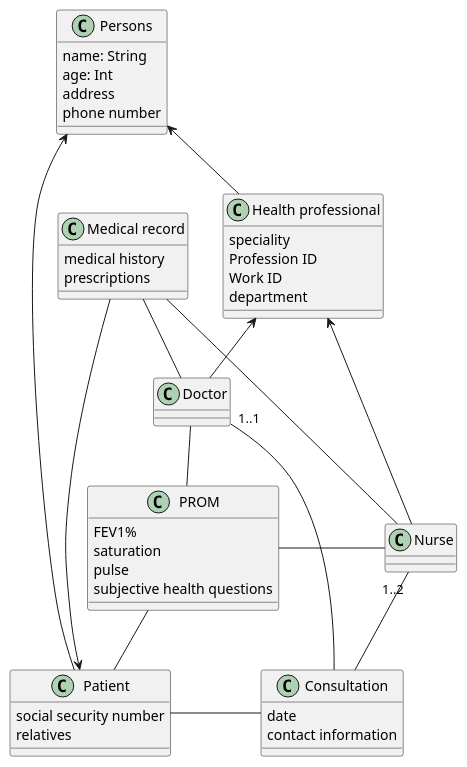
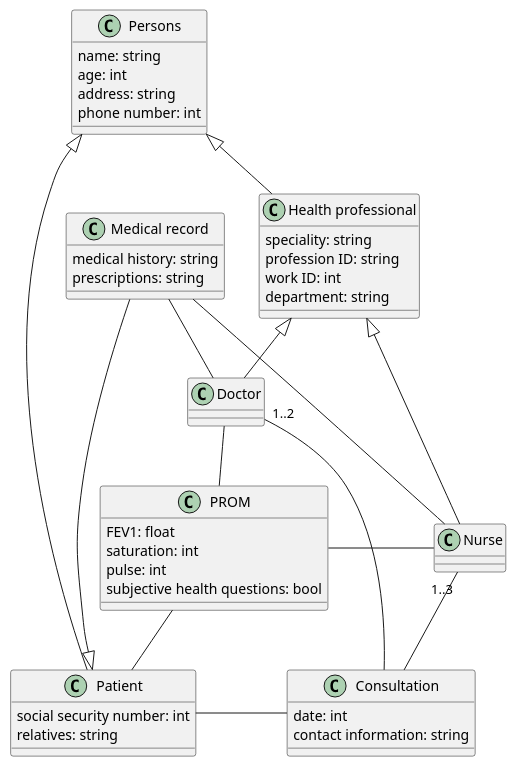
The diagram in Class diagram - iteration 1.puml (Purreskov/Softwareudvikling---Github), drawn with PlantUML before and after one commit.

Commit message:
Update Class diagram - iteration 1.puml
Ændringer til inheritance efter samtale Med Jon

```diff
--- a/Class diagram - iteration 1.puml
+++ b/Class diagram - iteration 1.puml
@@ -1,49 +1,47 @@
 @startuml
 'https://plantuml.com/class-diagram
 
 class "Persons" as persons
-persons : name: String
-persons : age: Int
-persons : address
-persons : phone number
+persons : name: string
+persons : age: int
+persons : address: string
+persons : phone number: int
 
 class "PROM" as prom
-prom : FEV1%
-prom : saturation
-prom : pulse
-prom : subjective health questions
+prom : FEV1: float
+prom : saturation: int
+prom : pulse: int
+prom : subjective health questions: bool
 class "Consultation" as consultation
-consultation : date
-consultation : contact information
+consultation : date: int
+consultation : contact information: string
 class "Patient" as patient
-patient : social security number
-'patient : prescriptions
-'patient : medical record
-patient : relatives
+patient : social security number: int
+patient : relatives: string
 class "Doctor" as doctor
 class "Nurse" as nurse
 class "Medical record" as mr
-mr : medical history
-mr : prescriptions
+mr : medical history: string
+mr : prescriptions: string
 class "Health professional" as HP
-HP : speciality
-HP : Profession ID
-HP : Work ID
-HP : department
+HP : speciality: string
+HP : profession ID: string
+HP : work ID: int
+HP : department: string
 
 
-mr --> patient
+mr -|> patient
 mr -- doctor
 mr -- nurse
-persons <-- HP
+persons <|-- HP
 'persons <-- NHP
-persons <-- patient
-HP <-- doctor
-HP <-- nurse
-doctor "1..1" -- consultation
-nurse "1..2" -- consultation
+persons <|-- patient
+HP <|-- doctor
+HP <|-- nurse
+doctor "1..2" -- consultation
+nurse "1..3" -- consultation
 prom - nurse
 prom -- patient
 doctor -- prom
 patient - consultation
 @enduml
```
